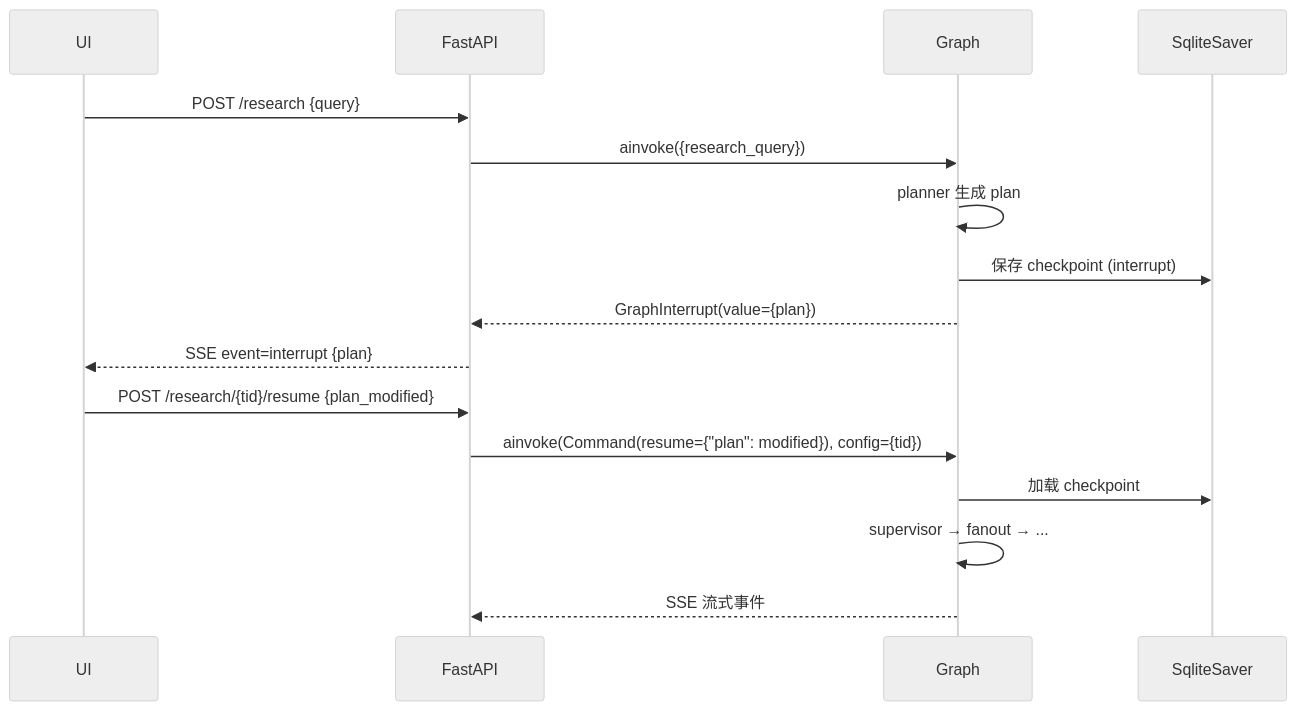
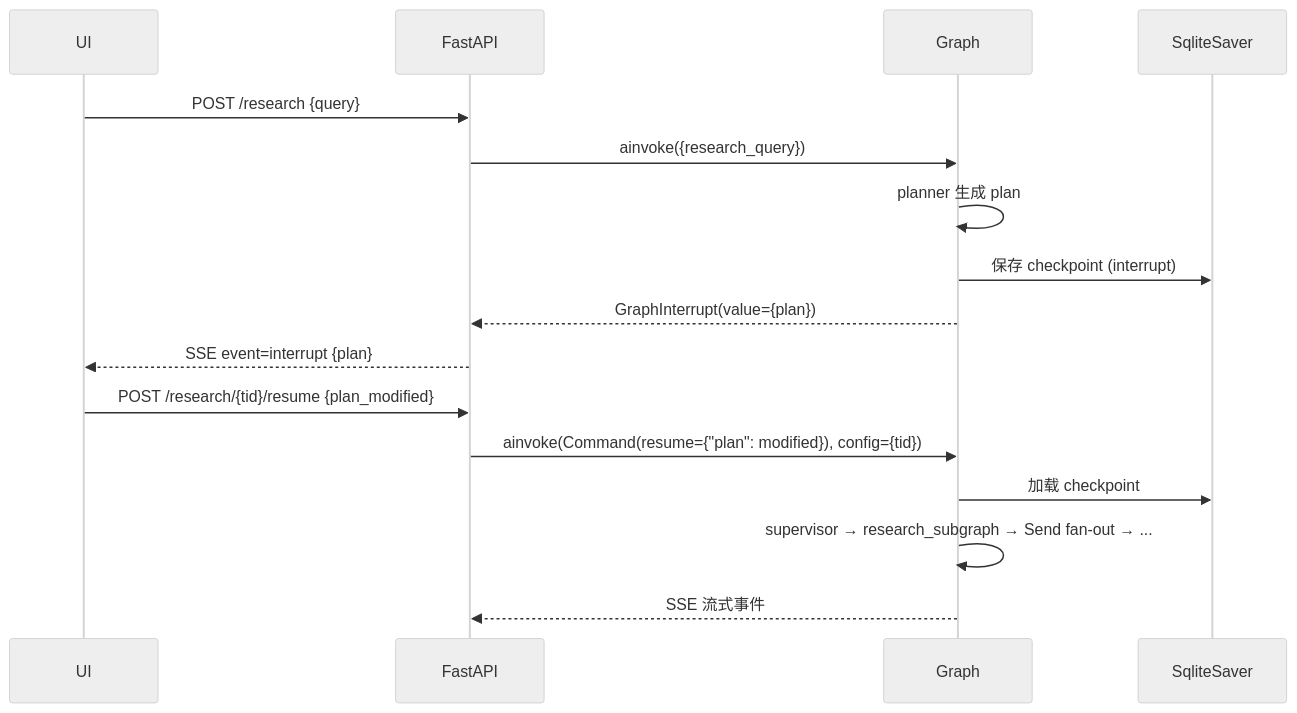
One commit to StevenLZM/LangGraph-Claude changed the third of 5 diagrams in 03_MULTI_AGENT/ENGINEERING.md. Above: the diagram before and after it, drawn with Mermaid (neutral theme). The commit also changed other lines of this file and 16 other files, not shown here.

````diff
--- a/03_MULTI_AGENT/ENGINEERING.md
+++ b/03_MULTI_AGENT/ENGINEERING.md
@@ -139,19 +143,19 @@
 ```mermaid
 sequenceDiagram
     participant UI
     participant API as FastAPI
     participant G as Graph
     participant CKPT as SqliteSaver
 
     UI->>API: POST /research {query}
     API->>G: ainvoke({research_query})
     G->>G: planner 生成 plan
     G->>CKPT: 保存 checkpoint (interrupt)
     G-->>API: GraphInterrupt(value={plan})
     API-->>UI: SSE event=interrupt {plan}
     UI->>API: POST /research/{tid}/resume {plan_modified}
     API->>G: ainvoke(Command(resume={"plan": modified}), config={tid})
     G->>CKPT: 加载 checkpoint
-    G->>G: supervisor → fanout → ...
+    G->>G: supervisor → research_subgraph → Send fan-out → ...
     G-->>API: SSE 流式事件
 ```
````
